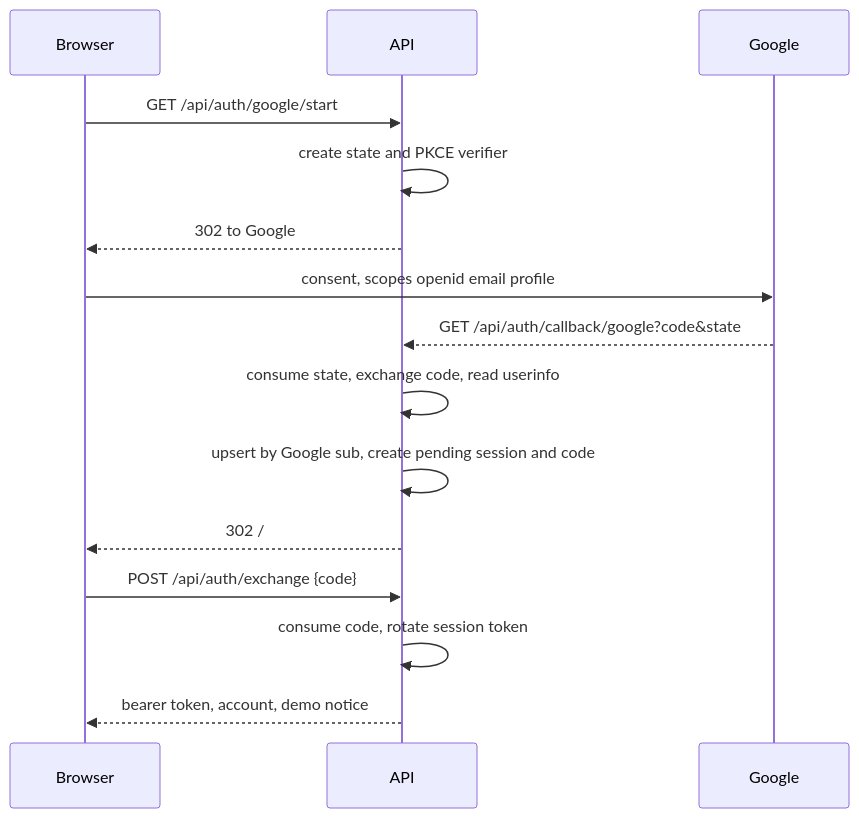
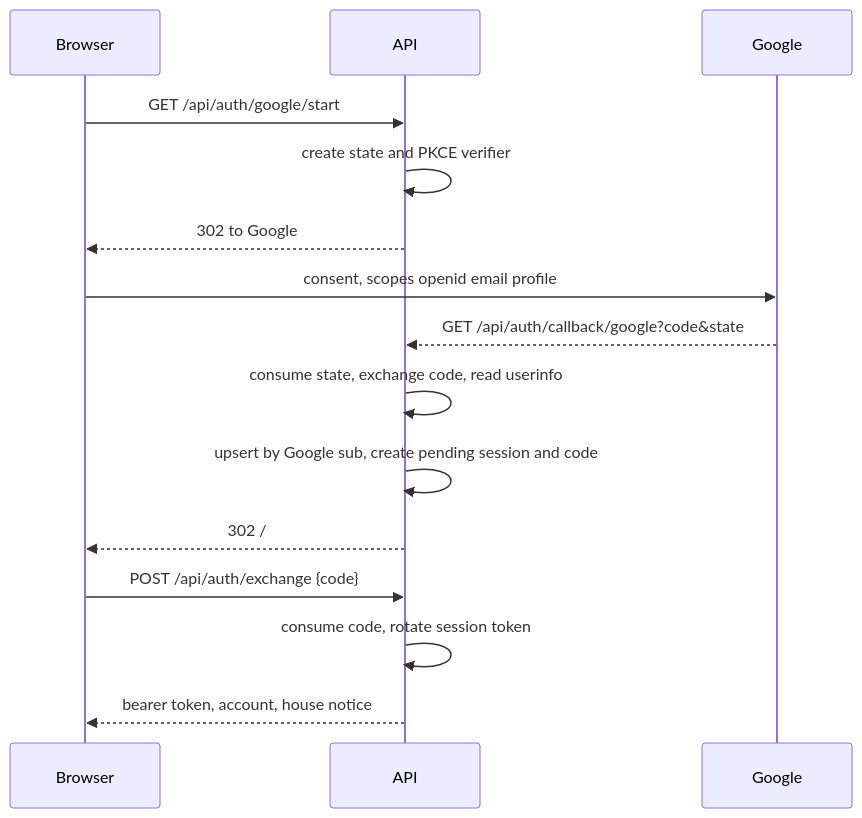
One commit to Lil-mast/Alexa3.2 changed the second of 5 diagrams in docs/FRONTEND.md. Above: the diagram before and after it, drawn with Mermaid. The commit also changed other lines of this file and 65 other files, not shown here.

````diff
--- a/docs/FRONTEND.md
+++ b/docs/FRONTEND.md
@@ -89,17 +89,17 @@
 ```mermaid
 sequenceDiagram
     participant B as Browser
     participant A as API
     participant G as Google
     B->>A: GET /api/auth/google/start
     A->>A: create state and PKCE verifier
     A-->>B: 302 to Google
     B->>G: consent, scopes openid email profile
     G-->>A: GET /api/auth/callback/google?code&state
     A->>A: consume state, exchange code, read userinfo
     A->>A: upsert by Google sub, create pending session and code
     A-->>B: 302 /#/auth/callback?code=...&next=...
     B->>A: POST /api/auth/exchange {code}
     A->>A: consume code, rotate session token
-    A-->>B: bearer token, account, demo notice
+    A-->>B: bearer token, account, house notice
 ```
````
